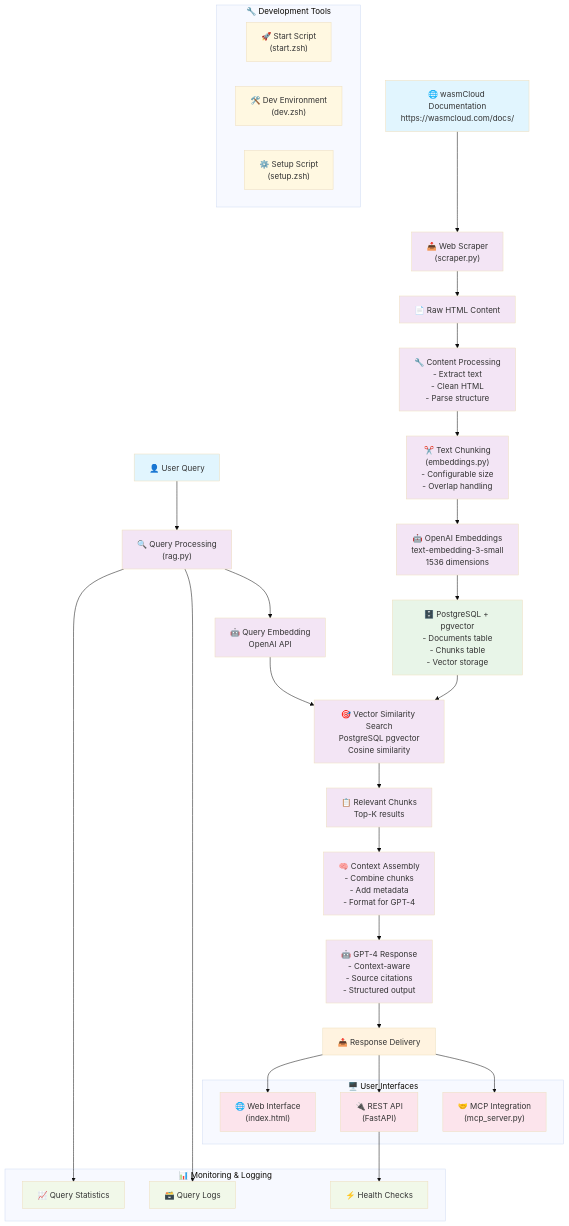
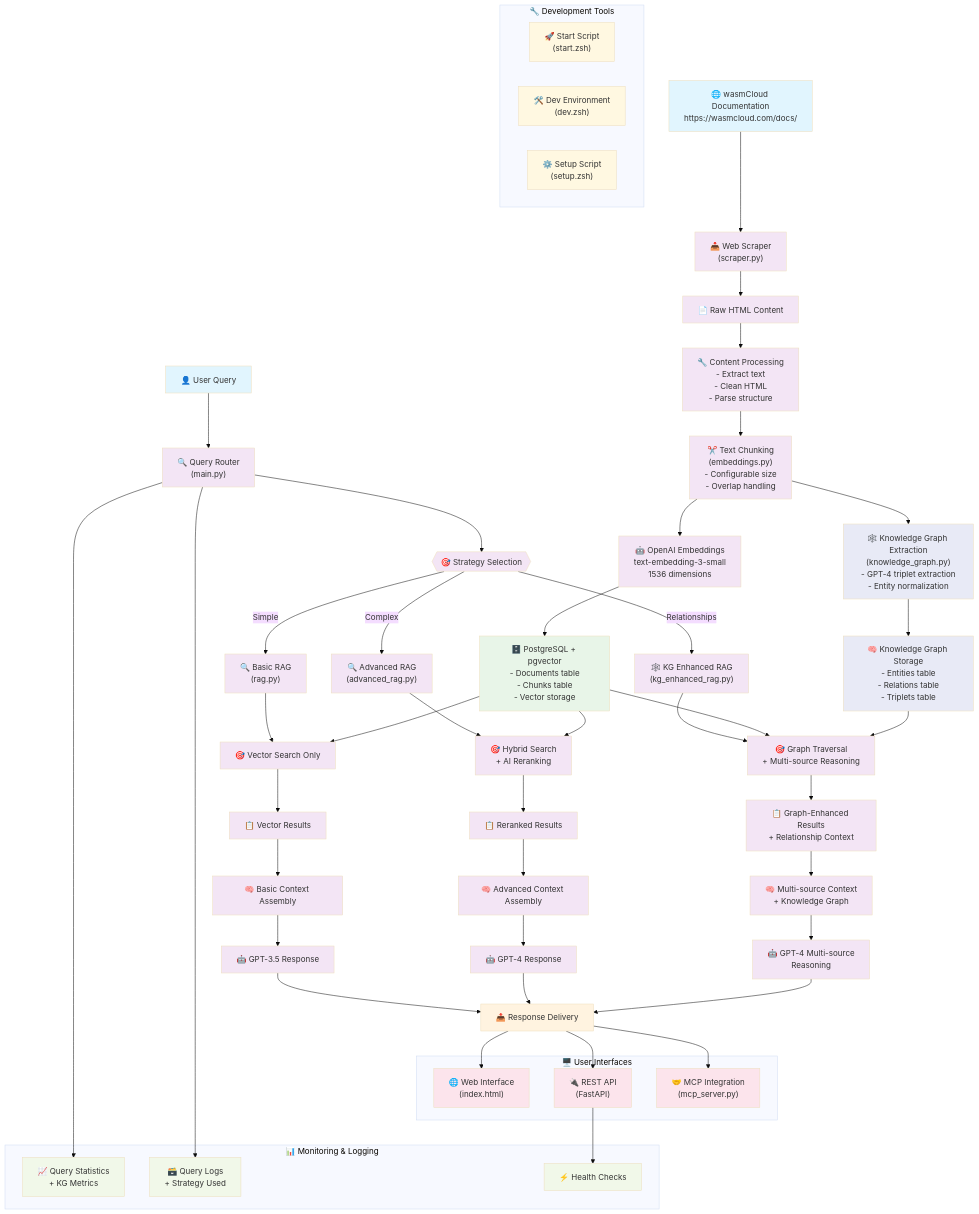
One commit to ritesh089/wasmcloud-bot changed the third of 3 diagrams in SYSTEM_DESIGN.md. Above: the diagram before and after it, drawn with Mermaid (base theme). The commit also changed other lines of this file, not shown here.

```diff
--- a/SYSTEM_DESIGN.md
+++ b/SYSTEM_DESIGN.md
@@ -504,22 +701,43 @@
     D --> E["✂️ Text Chunking<br/>(embeddings.py)<br/>- Configurable size<br/>- Overlap handling"]
     
     E --> F["🤖 OpenAI Embeddings<br/>text-embedding-3-small<br/>1536 dimensions"]
+    E --> KG1["🕸️ Knowledge Graph Extraction<br/>(knowledge_graph.py)<br/>- GPT-4 triplet extraction<br/>- Entity normalization"]
     
     F --> G["🗄️ PostgreSQL + pgvector<br/>- Documents table<br/>- Chunks table<br/>- Vector storage"]
     
-    H["👤 User Query"] --> I["🔍 Query Processing<br/>(rag.py)"]
-    I --> J["🤖 Query Embedding<br/>OpenAI API"]
+    KG1 --> KG2["🧠 Knowledge Graph Storage<br/>- Entities table<br/>- Relations table<br/>- Triplets table"]
     
-    J --> K["🎯 Vector Similarity Search<br/>PostgreSQL pgvector<br/>Cosine similarity"]
+    H["👤 User Query"] --> I["🔍 Query Router<br/>(main.py)"]
+    I --> I1{{"🎯 Strategy Selection"}}
     
-    G --> K
-    K --> L["📋 Relevant Chunks<br/>Top-K results"]
+    I1 -->|Simple| J1["🔍 Basic RAG<br/>(rag.py)"]
+    I1 -->|Complex| J2["🔍 Advanced RAG<br/>(advanced_rag.py)"]
+    I1 -->|Relationships| J3["🕸️ KG Enhanced RAG<br/>(kg_enhanced_rag.py)"]
     
-    L --> M["🧠 Context Assembly<br/>- Combine chunks<br/>- Add metadata<br/>- Format for GPT-4"]
+    J1 --> K1["🎯 Vector Search Only"]
+    J2 --> K2["🎯 Hybrid Search<br/>+ AI Reranking"]
+    J3 --> K3["🎯 Graph Traversal<br/>+ Multi-source Reasoning"]
     
-    M --> N["🤖 GPT-4 Response<br/>- Context-aware<br/>- Source citations<br/>- Structured output"]
+    G --> K1
+    G --> K2
+    G --> K3
+    KG2 --> K3
     
-    N --> O["📤 Response Delivery"]
+    K1 --> L1["📋 Vector Results"]
+    K2 --> L2["📋 Reranked Results"]
+    K3 --> L3["📋 Graph-Enhanced Results<br/>+ Relationship Context"]
+    
+    L1 --> M1["🧠 Basic Context Assembly"]
+    L2 --> M2["🧠 Advanced Context Assembly"]
+    L3 --> M3["🧠 Multi-source Context<br/>+ Knowledge Graph"]
+    
+    M1 --> N1["🤖 GPT-3.5 Response"]
+    M2 --> N2["🤖 GPT-4 Response"]
+    M3 --> N3["🤖 GPT-4 Multi-source<br/>Reasoning"]
+    
+    N1 --> O["📤 Response Delivery"]
+    N2 --> O
+    N3 --> O
     
     subgraph "🖥️ User Interfaces"
         P["🌐 Web Interface<br/>(index.html)"]
@@ -532,8 +750,8 @@
     O --> R
     
     subgraph "📊 Monitoring & Logging"
-        S["📈 Query Statistics"]
-        T["🗃️ Query Logs"]
+        S["📈 Query Statistics<br/>+ KG Metrics"]
+        T["🗃️ Query Logs<br/>+ Strategy Used"]
         U["⚡ Health Checks"]
     end
     
@@ -554,10 +772,12 @@
     classDef interface fill:#fce4ec
     classDef monitoring fill:#f1f8e9
     classDef tools fill:#fff8e1
+    classDef kg fill:#e8eaf6
     
     class A,H input
-    class B,C,D,E,F,I,J,K,L,M,N processing
+    class B,C,D,E,F,I,I1,J1,J2,J3,K1,K2,K3,L1,L2,L3,M1,M2,M3,N1,N2,N3 processing
     class G storage
+    class KG1,KG2 kg
     class O output
     class P,Q,R interface
     class S,T,U monitoring
```
